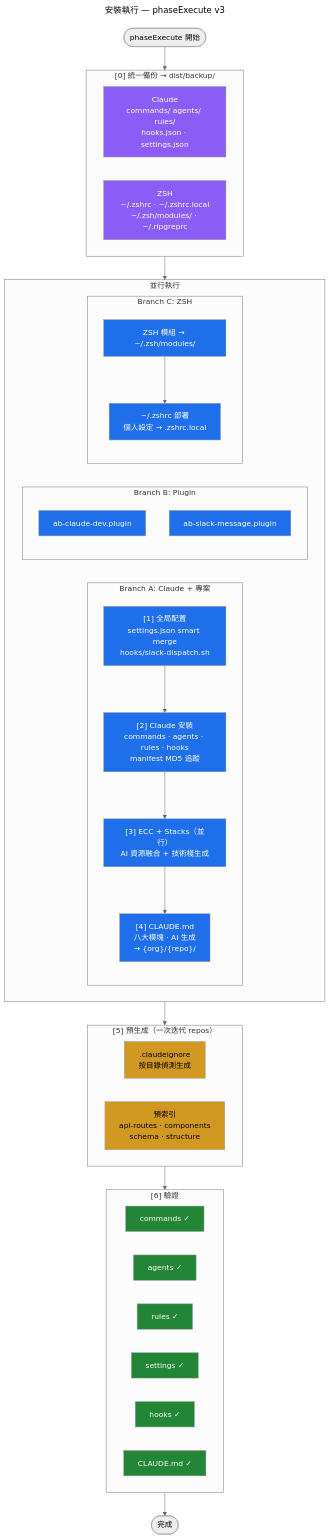
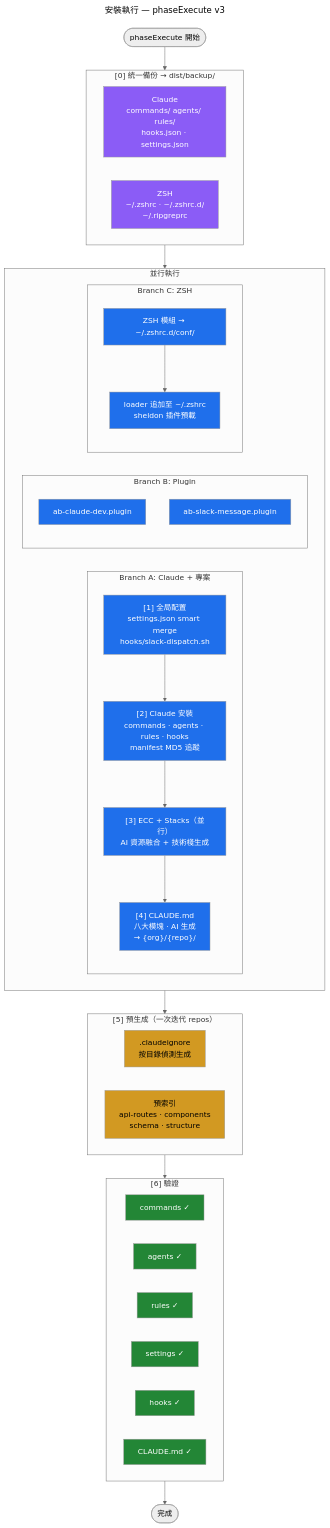
Before and after one commit to AlvinBian/ab-tao: the diagram in apps/dotfiles/docs/flows/phase-execute.mmd, drawn with Mermaid (neutral theme). The commit also changed 31 other files, not shown here.

First line of the commit message:
refactor: zsh 模組化重構 — ~/.zshrc.d/ + sheldon 插件管理

```diff
--- a/apps/dotfiles/docs/flows/phase-execute.mmd
+++ b/apps/dotfiles/docs/flows/phase-execute.mmd
@@ -1,73 +1,73 @@
 ---
 title: 安裝執行 — phaseExecute v3
 description: 統一備份 → 3 路並行（Claude/Plugin/ZSH）→ 預生成 → 驗證
 links:
   - config-protection: 配置保護策略
   - setup-main: 返回主流程
 ---
 flowchart TD
     Start([phaseExecute 開始]) --> E0
 
     subgraph E0 ["[0] 統一備份 → dist/backup/"]
         direction LR
         B1["Claude<br/>commands/ agents/ rules/<br/>hooks.json · settings.json"]
-        B2["ZSH<br/>~/.zshrc · ~/.zshrc.local<br/>~/.zsh/modules/ · ~/.ripgreprc"]
+        B2["ZSH<br/>~/.zshrc · ~/.zshrc.d/<br/>~/.ripgreprc"]
     end
 
     E0 --> PAR
 
     subgraph PAR ["並行執行"]
         direction LR
 
         subgraph A ["Branch A: Claude + 專案"]
             direction TB
             A1["[1] 全局配置<br/>settings.json smart merge<br/>hooks/slack-dispatch.sh"]
             A1 --> A2["[2] Claude 安裝<br/>commands · agents · rules · hooks<br/>manifest MD5 追蹤"]
             A2 --> A3["[3] ECC + Stacks（並行）<br/>AI 資源融合 + 技術棧生成"]
             A3 --> A4["[4] CLAUDE.md<br/>八大模塊 · AI 生成<br/>→ {org}/{repo}/"]
         end
 
         subgraph B ["Branch B: Plugin"]
             direction TB
             B3["ab-claude-dev.plugin"]
             B4["ab-slack-message.plugin"]
         end
 
         subgraph C ["Branch C: ZSH"]
             direction TB
-            C1["ZSH 模組 → ~/.zsh/modules/"]
-            C1 --> C2["~/.zshrc 部署<br/>個人設定 → .zshrc.local"]
+            C1["ZSH 模組 → ~/.zshrc.d/conf/"]
+            C1 --> C2["loader 追加至 ~/.zshrc<br/>sheldon 插件預載"]
         end
     end
 
     PAR --> E5
 
     subgraph E5 ["[5] 預生成（一次迭代 repos）"]
         direction LR
         IG[".claudeignore<br/>按目錄偵測生成"]
         IX["預索引<br/>api-routes · components<br/>schema · structure"]
     end
 
     E5 --> E6
 
     subgraph E6 ["[6] 驗證"]
         direction LR
         V1["commands ✓"]
         V2["agents ✓"]
         V3["rules ✓"]
         V4["settings ✓"]
         V5["hooks ✓"]
         V6["CLAUDE.md ✓"]
     end
 
     E6 --> End([完成])
 
     classDef backup fill:#8b5cf6,color:#fff
     classDef parallel fill:#1f6feb,color:#fff
     classDef verify fill:#238636,color:#fff
     classDef new fill:#d29922,color:#000
 
     class B1,B2 backup
     class A1,A2,A3,A4,B3,B4,C1,C2 parallel
     class V1,V2,V3,V4,V5,V6 verify
     class IG,IX new
```
